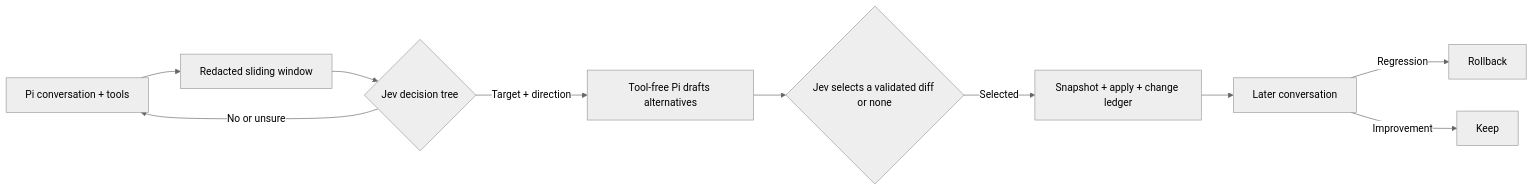
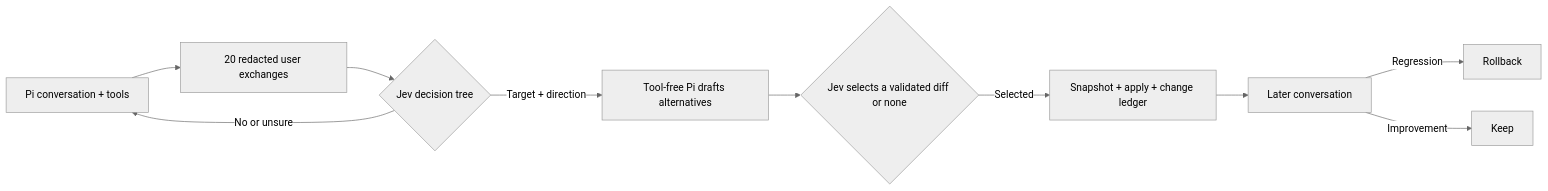
Before and after one commit to pb-crackers/agent-watch: the diagram in README.md, drawn with Mermaid (neutral theme). The commit also changed other lines of this file and 7 other files, not shown here.

Commit message:
Group Jev evidence by user exchanges

````diff
--- a/README.md
+++ b/README.md
@@ -12,12 +12,12 @@
 ```mermaid
 flowchart LR
-  A[Pi conversation + tools] --> B[Redacted sliding window]
+  A[Pi conversation + tools] --> B[20 redacted user exchanges]
   B --> C{Jev decision tree}
   C -->|No or unsure| A
   C -->|Target + direction| D[Tool-free Pi drafts alternatives]
   D --> E{Jev selects a validated diff or none}
   E -->|Selected| F[Snapshot + apply + change ledger]
   F --> G[Later conversation]
   G -->|Regression| H[Rollback]
   G -->|Improvement| I[Keep]
 ```
````
